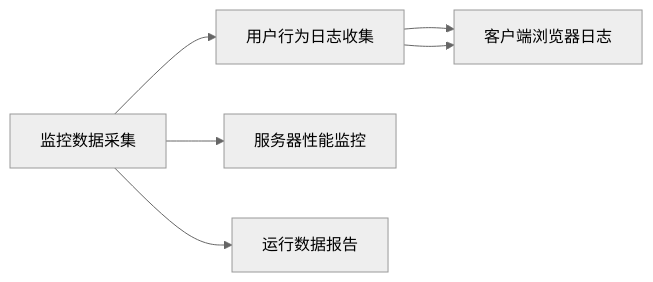
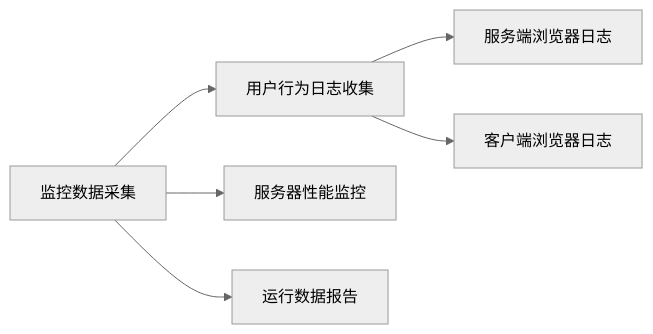
Diagram 23 of 30 in Java/大型网站技术架构/index.md (ljz572000/Note), drawn with Mermaid (neutral theme) before and after one commit. The commit also changed other lines of this file and 4 other files, not shown here.

````diff
--- a/Java/大型网站技术架构/index.md
+++ b/Java/大型网站技术架构/index.md
@@ -1350,8 +1350,8 @@
 ```mermaid
 graph LR;
     A[监控数据采集]-->B[用户行为日志收集];
     A-->C[服务器性能监控];
     A-->D[运行数据报告];
     B-->E[服务端浏览器日志];
-    B-->E[客户端浏览器日志];
+    B-->F[客户端浏览器日志];
 ```
````
